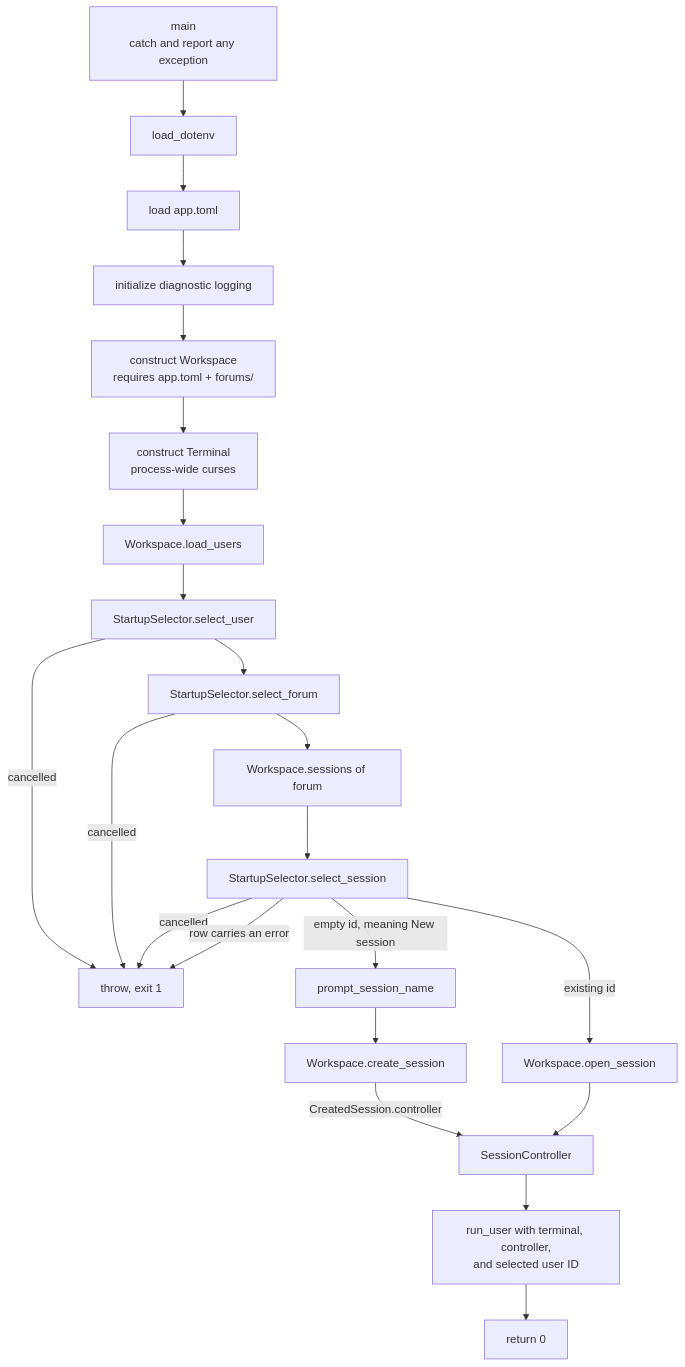
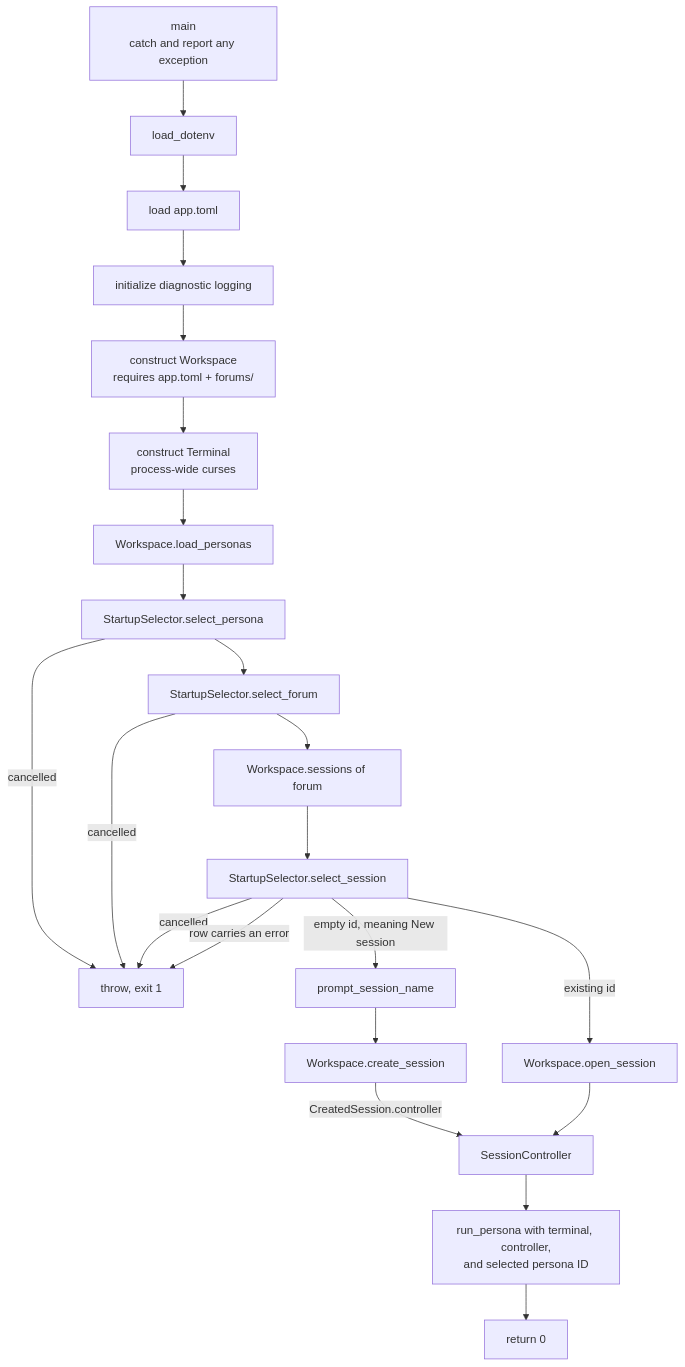
The diagram in src/apps/README.md (michaelpopov/cha), drawn with Mermaid before and after one commit. The commit also changed other lines of this file and 117 other files, not shown here.

````diff
--- a/src/apps/README.md
+++ b/src/apps/README.md
@@ -17,24 +17,24 @@
 ```mermaid
 flowchart TD
     a["main<br/>catch and report any exception"] --> b["load_dotenv"]
     b --> config["load app.toml"]
     config --> log["initialize diagnostic logging"]
     log --> c["construct Workspace<br/>requires app.toml + forums/"]
     c --> d["construct Terminal<br/>process-wide curses"]
-    d --> users["Workspace.load_users"]
-    users --> e["StartupSelector.select_user"]
+    d --> personas["Workspace.load_personas"]
+    personas --> e["StartupSelector.select_persona"]
     e -->|"cancelled"| x["throw, exit 1"]
     e --> forum["StartupSelector.select_forum"]
     forum -->|"cancelled"| x
     forum --> f["Workspace.sessions of forum"]
     f --> g["StartupSelector.select_session"]
     g -->|"cancelled"| x
     g -->|"row carries an error"| x
     g -->|"empty id, meaning New session"| h["prompt_session_name"]
     h --> i["Workspace.create_session"]
     g -->|"existing id"| j["Workspace.open_session"]
     i -->|"CreatedSession.controller"| k["SessionController"]
     j --> k
-    k --> l["run_user with terminal, controller,<br/>and selected user ID"]
+    k --> l["run_persona with terminal, controller,<br/>and selected persona ID"]
     l --> m["return 0"]
 ```
````
